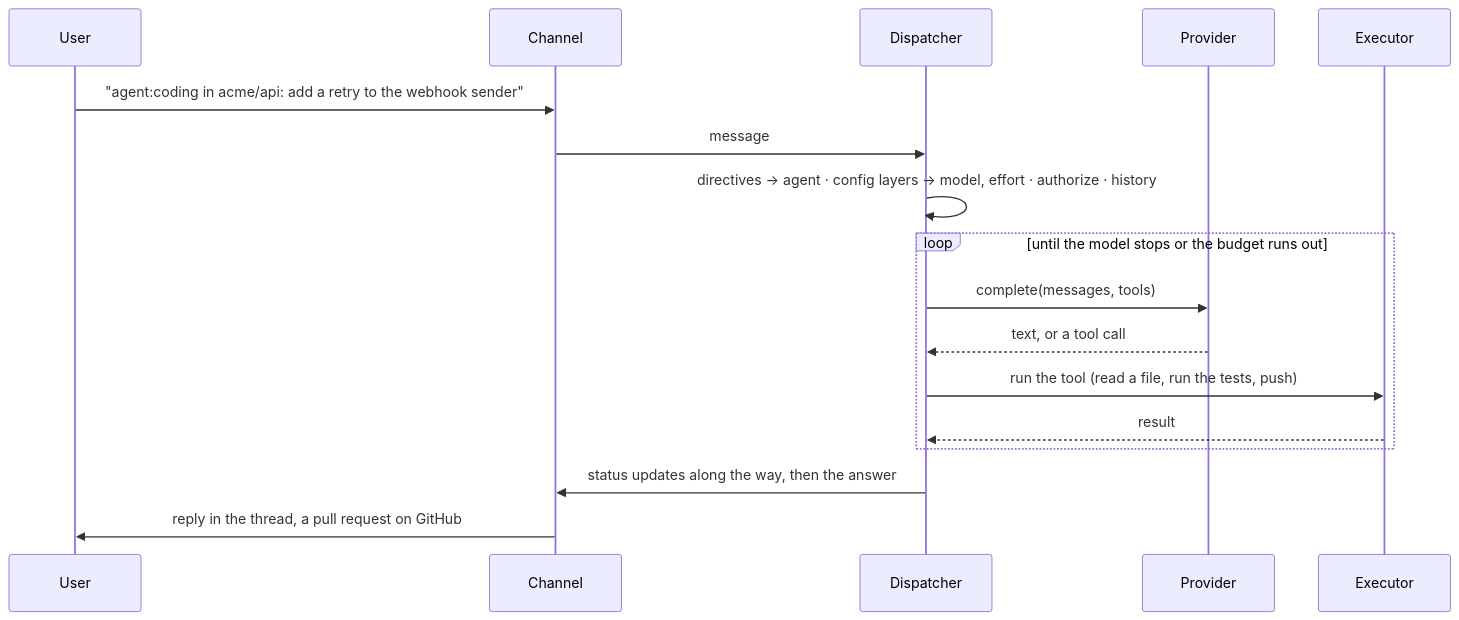
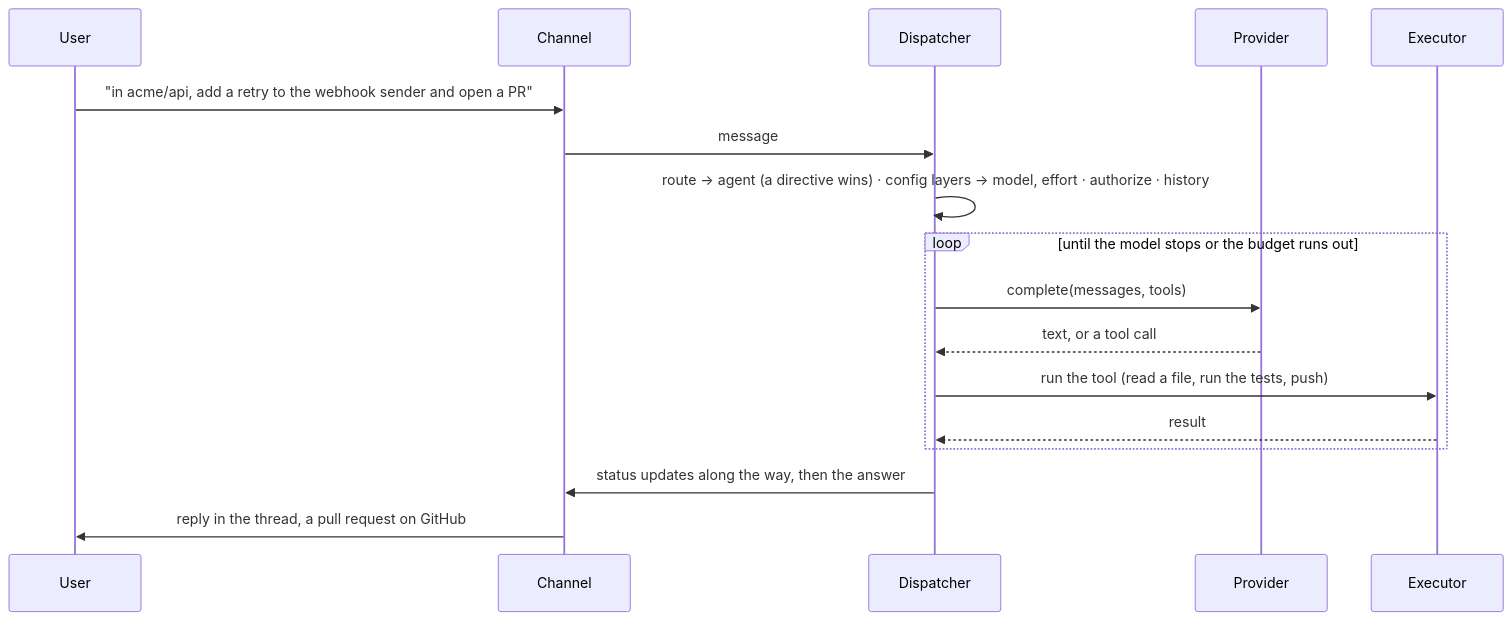
One commit to coreplanelabs/switchboard changed the second of 3 diagrams in docs/explanation/architecture.md. Above: the diagram before and after it, drawn with Mermaid. The commit also changed other lines of this file and 15 other files, not shown here.

````diff
--- a/docs/explanation/architecture.md
+++ b/docs/explanation/architecture.md
@@ -42,19 +42,19 @@
 ```mermaid
 sequenceDiagram
     participant U as User
     participant C as Channel
     participant D as Dispatcher
     participant P as Provider
     participant E as Executor
-    U->>C: "agent:coding in acme/api: add a retry to the webhook sender"
+    U->>C: "in acme/api, add a retry to the webhook sender and open a PR"
     C->>D: message
-    D->>D: directives → agent · config layers → model, effort · authorize · history
+    D->>D: route → agent (a directive wins) · config layers → model, effort · authorize · history
     loop until the model stops or the budget runs out
         D->>P: complete(messages, tools)
         P-->>D: text, or a tool call
         D->>E: run the tool (read a file, run the tests, push)
         E-->>D: result
     end
     D->>C: status updates along the way, then the answer
     C->>U: reply in the thread, a pull request on GitHub
 ```
````
